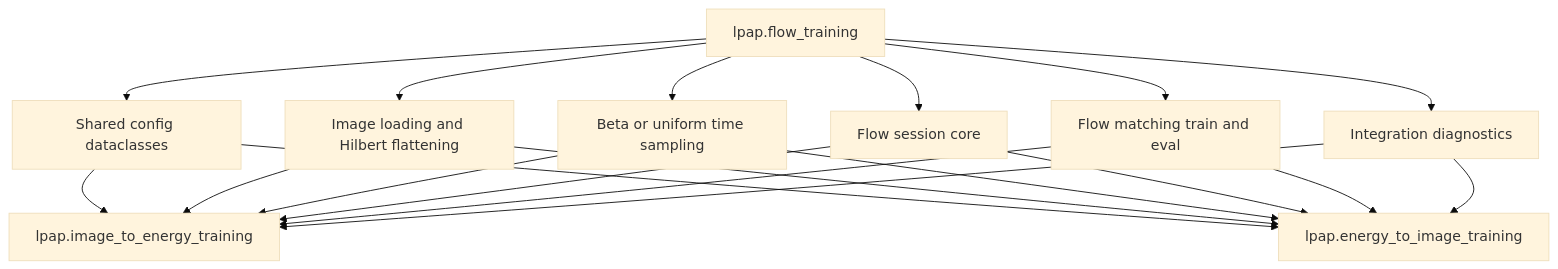
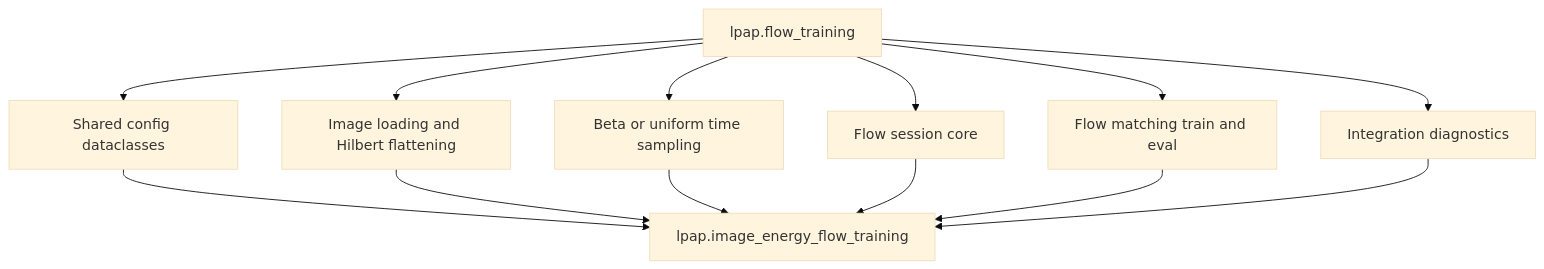
The fifth of 5 diagrams in doc/training-stack.md (matovitch/lpap), drawn with Mermaid (base theme) before and after one commit. The commit also changed other lines of this file and 34 other files, not shown here.

First line of the commit message:
Unify image and energy flows into one bidirectional trainer.

````diff
--- a/doc/training-stack.md
+++ b/doc/training-stack.md
@@ -168,13 +158,12 @@
 ```mermaid
 flowchart TD
     shared[lpap.flow_training]
     shared --> cfg[Shared config dataclasses]
     shared --> data[Image loading and Hilbert flattening]
     shared --> time[Beta or uniform time sampling]
     shared --> core[Flow session core]
     shared --> loss[Flow matching train and eval]
     shared --> diag[Integration diagnostics]
 
-    cfg & data & time & core & loss & diag --> image_module[lpap.image_to_energy_training]
-    cfg & data & time & core & loss & diag --> energy_module[lpap.energy_to_image_training]
+    cfg & data & time & core & loss & diag --> image_module[lpap.image_energy_flow_training]
 ```
````
